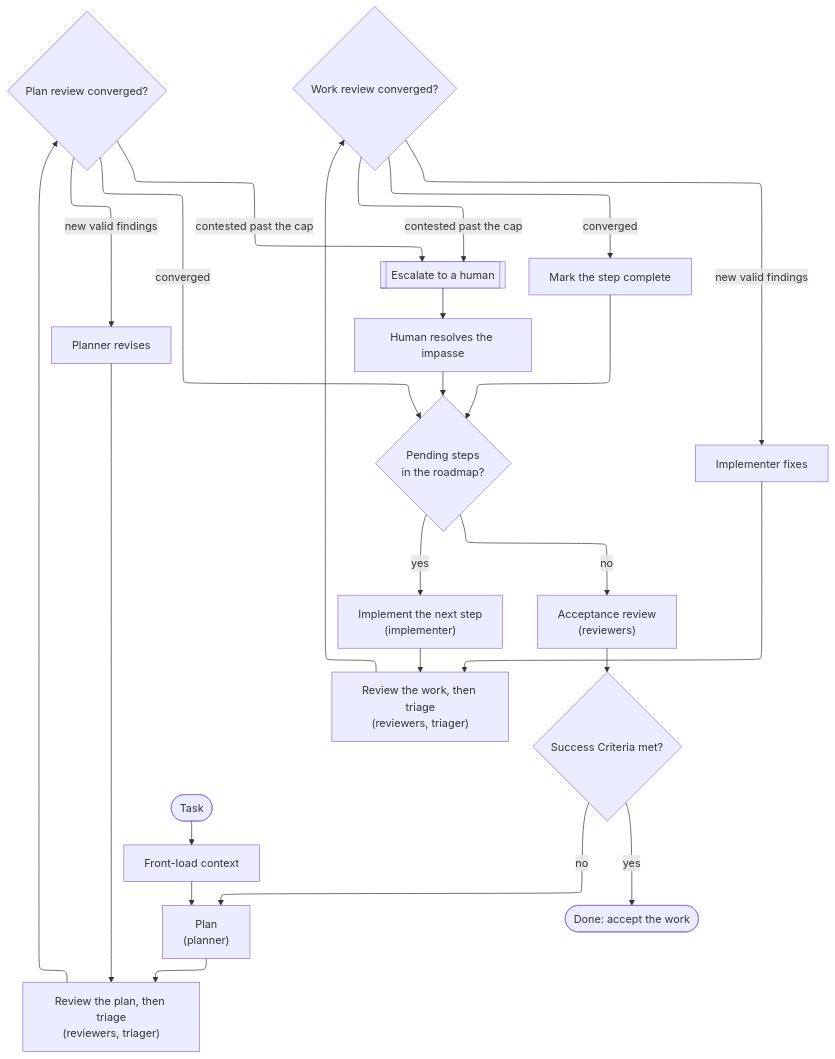
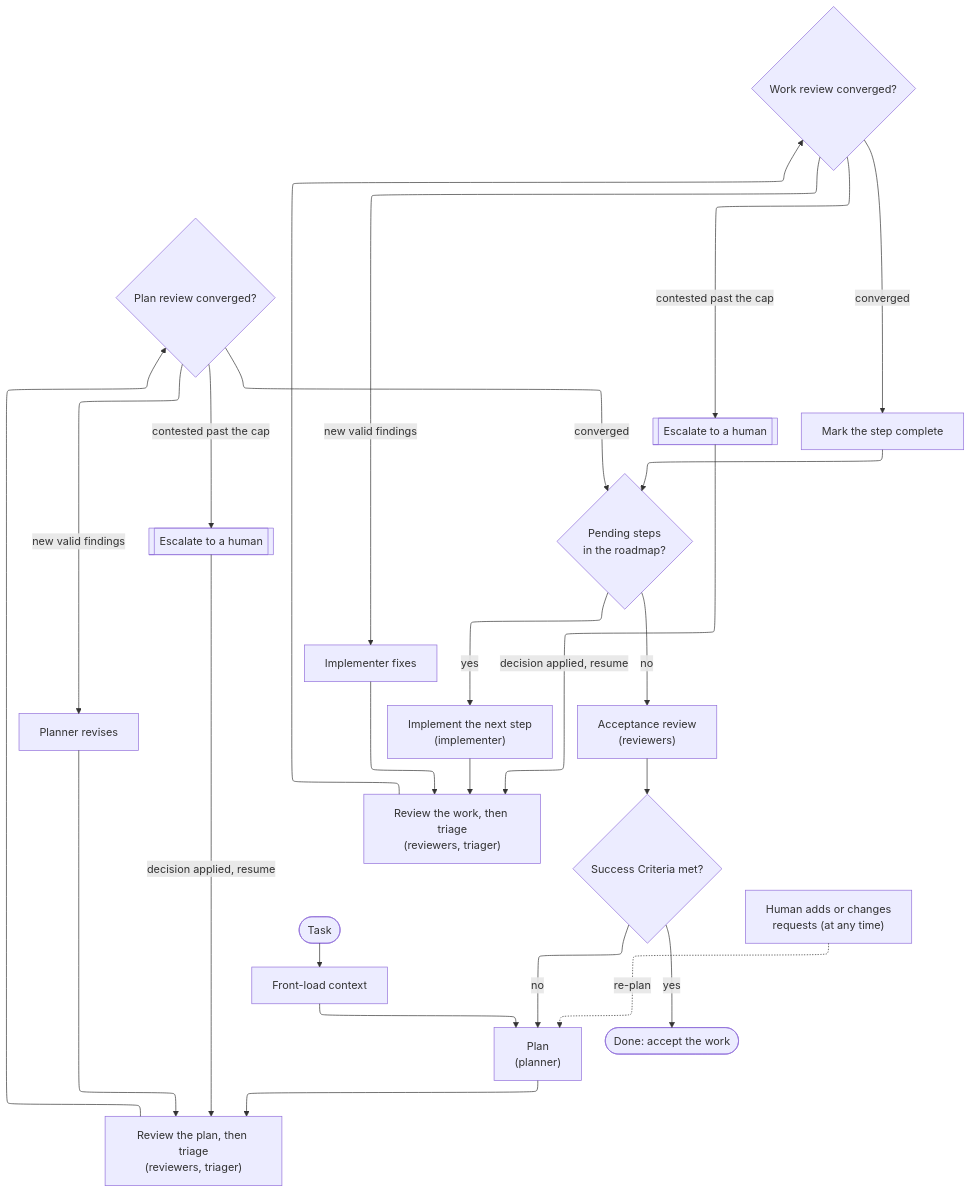
Before and after one commit to nothingnesses/agent-scaffold: the diagram in README.md, drawn with Mermaid. The commit also changed other lines of this file and 3 other files, not shown here.

First line of the commit message:
docs: handle human interrupts; per-loop escalation returns in the diagram

````diff
--- a/README.md
+++ b/README.md
@@ -74,29 +76,30 @@
 ```mermaid
 ---
 config:
   layout: elk
 ---
 flowchart TB
     start(["Task"]) --> ctx["Front-load context"]
     ctx --> plan["Plan<br/>(planner)"]
     plan --> preview["Review the plan, then triage<br/>(reviewers, triager)"]
     preview --> pdec{"Plan review converged?"}
     pdec -->|new valid findings| previse["Planner revises"]
     previse --> preview
-    pdec -->|contested past the cap| escalate[["Escalate to a human"]]
+    pdec -->|contested past the cap| pesc[["Escalate to a human"]]
+    pesc -->|decision applied, resume| preview
     pdec -->|converged| steps{"Pending steps<br/>in the roadmap?"}
     steps -->|yes| impl["Implement the next step<br/>(implementer)"]
     impl --> wreview["Review the work, then triage<br/>(reviewers, triager)"]
     wreview --> wdec{"Work review converged?"}
     wdec -->|new valid findings| wfix["Implementer fixes"]
     wfix --> wreview
-    wdec -->|contested past the cap| escalate
+    wdec -->|contested past the cap| wesc[["Escalate to a human"]]
+    wesc -->|decision applied, resume| wreview
     wdec -->|converged| mark["Mark the step complete"]
     mark --> steps
     steps -->|no| accept["Acceptance review<br/>(reviewers)"]
     accept --> adec{"Success Criteria met?"}
     adec -->|no| plan
     adec -->|yes| done(["Done: accept the work"])
-    escalate --> hres["Human resolves the impasse"]
-    hres --> steps
+    interrupt["Human adds or changes<br/>requests (at any time)"] -.->|re-plan| plan
 ```
````
